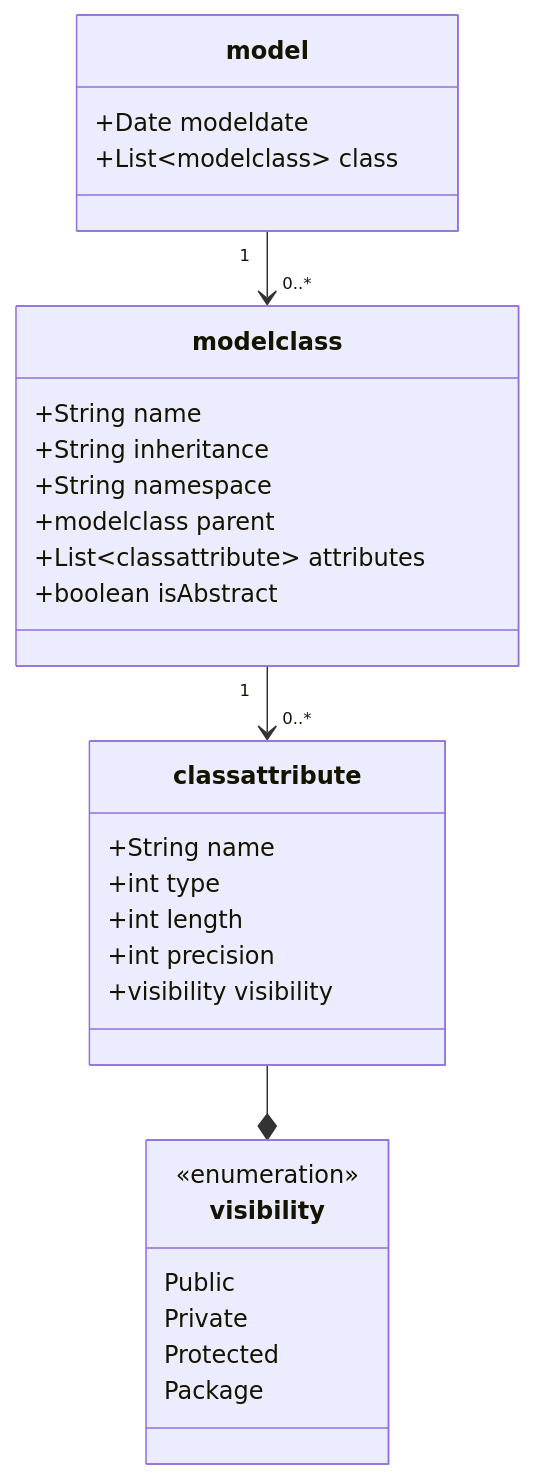
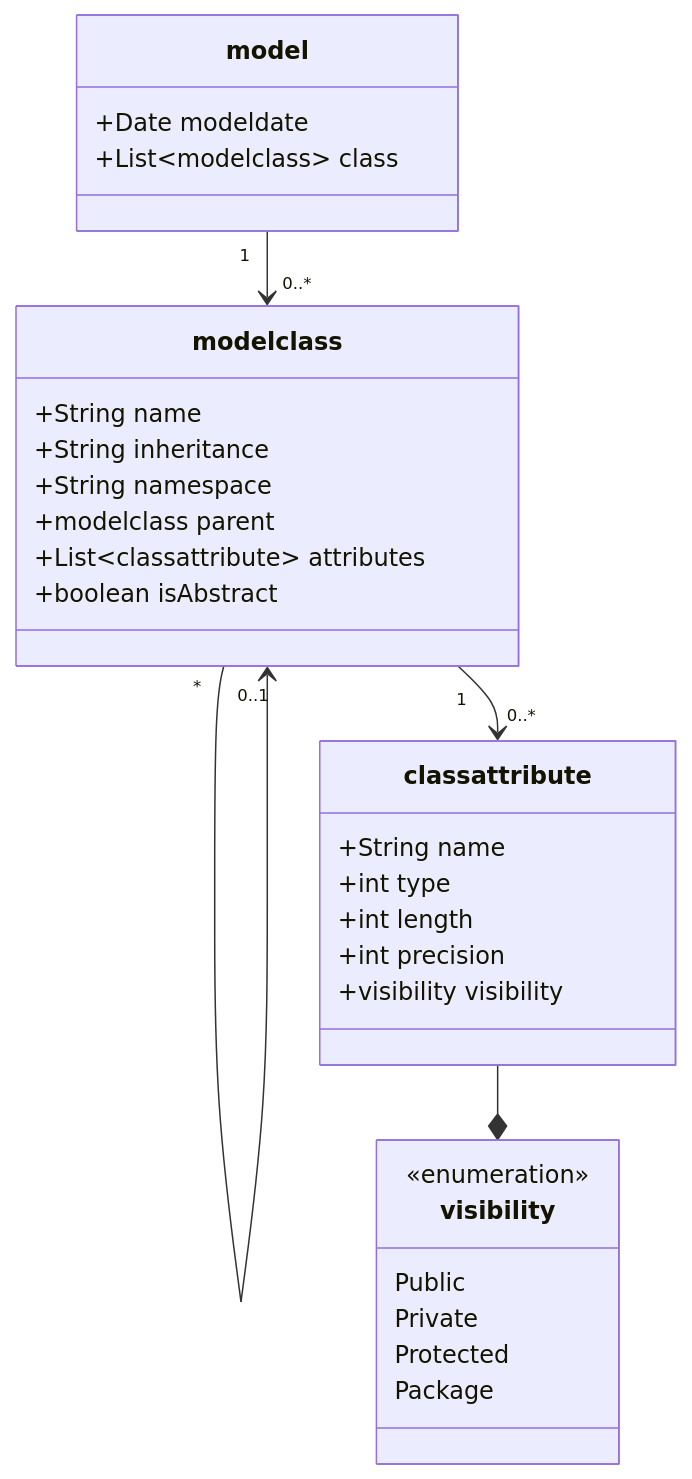
One commit to philrwebb/Generation changed the diagram in output/classes.md. Above: the diagram before and after it, drawn with Mermaid. The commit also changed 2 other files, not shown here.

Commit message:
continuing refactor of jsonModelGenerator

````diff
--- a/output/classes.md
+++ b/output/classes.md
@@ -1,32 +1,33 @@
 ```mermaid
 classDiagram
 class modelclass {
     +String name
     +String inheritance
     +String namespace
     +modelclass parent
     +List~classattribute~ attributes
     +boolean isAbstract
 }
 class model {
     +Date modeldate
     +List~modelclass~ class
 }
 class classattribute {
     +String name
     +int type
     +int length
     +int precision
     +visibility visibility
 }
 class visibility {
     <<enumeration>>
     Public
     Private
     Protected
     Package
 }
 model "1" --> "0..*" modelclass
+modelclass "*" --> "0..1" modelclass
 modelclass "1" --> "0..*" classattribute
 classattribute --* visibility
 ```
````
